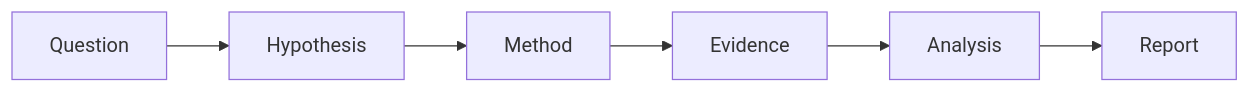
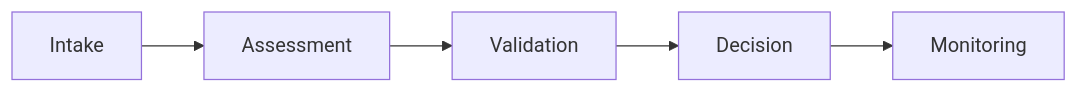
Before and after one commit to makr-code/ThemisDB: the diagram in assets/scientific/default_scientific_process.md, drawn with Mermaid. The commit also changed other lines of this file and 98 other files, not shown here.

````diff
--- a/assets/scientific/default_scientific_process.md
+++ b/assets/scientific/default_scientific_process.md
@@ -7,8 +7,7 @@
 ```mermaid
 flowchart LR
-  A[Question] --> B[Hypothesis]
-  B --> C[Method]
-  C --> D[Evidence]
-  D --> E[Analysis]
-  E --> F[Report]
+  A[Intake] --> B[Assessment]
+  B --> C[Validation]
+  C --> D[Decision]
+  D --> E[Monitoring]
 ```
````
